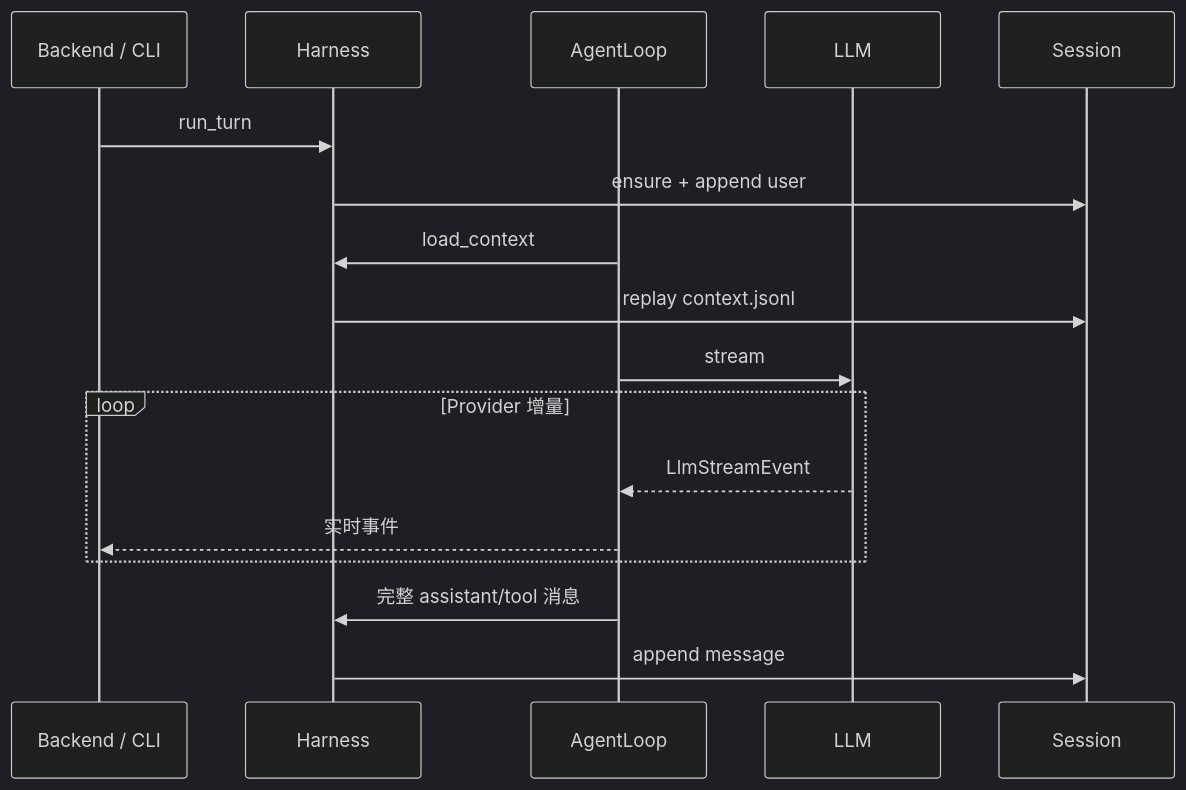
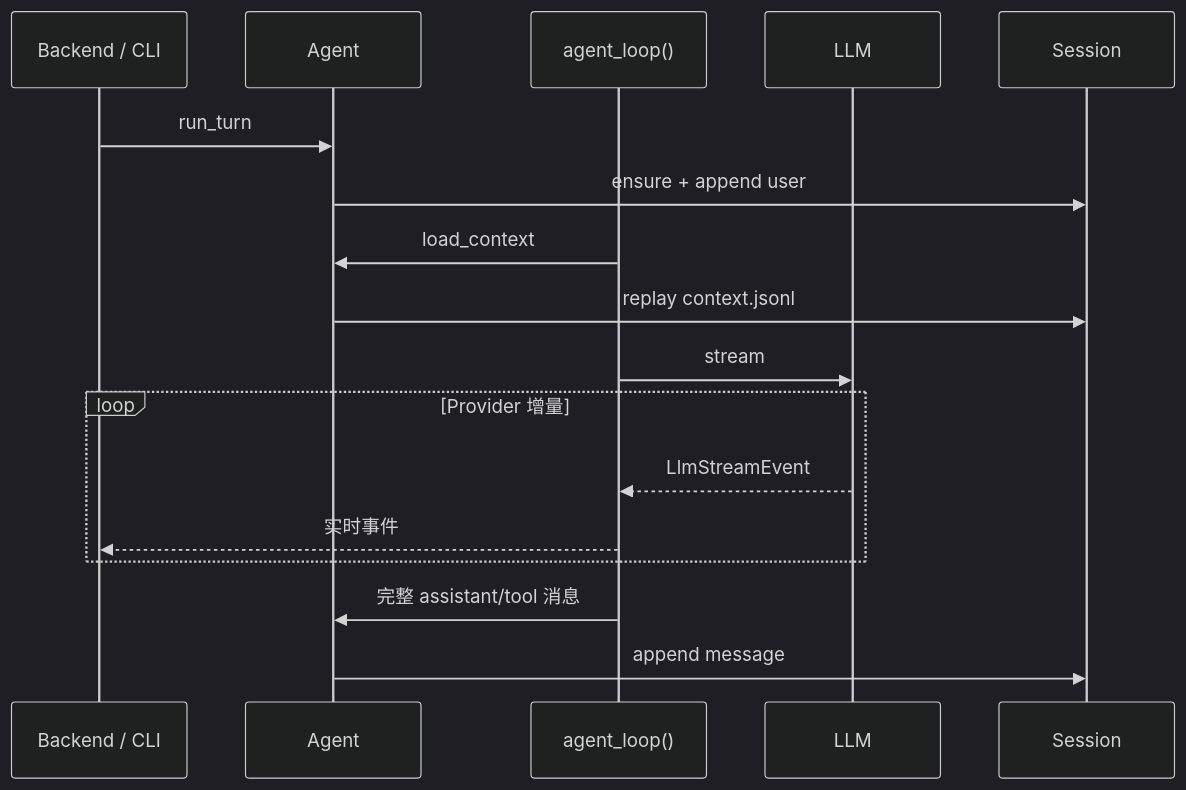
The second of 2 diagrams in docs/项目架构.md (Camelovee/Camel-Harness), drawn with Mermaid (dark theme) before and after one commit. The commit also changed other lines of this file and 161 other files, not shown here.

Commit message:
refactor: simplify agent and llm architecture

````diff
--- a/docs/项目架构.md
+++ b/docs/项目架构.md
@@ -127,20 +131,20 @@
 ```mermaid
 sequenceDiagram
     participant U as Backend / CLI
-    participant H as Harness
-    participant A as AgentLoop
-    participant L as LLM
+    participant A as Agent
+    participant L as agent_loop()
+    participant M as LLM
     participant S as Session
 
-    U->>H: run_turn
-    H->>S: ensure + append user
-    A->>H: load_context
-    H->>S: replay context.jsonl
-    A->>L: stream
+    U->>A: run_turn
+    A->>S: ensure + append user
+    L->>A: load_context
+    A->>S: replay context.jsonl
+    L->>M: stream
     loop Provider 增量
-        L-->>A: LlmStreamEvent
-        A-->>U: 实时事件
+        M-->>L: LlmStreamEvent
+        L-->>U: 实时事件
     end
-    A->>H: 完整 assistant/tool 消息
-    H->>S: append message
+    L->>A: 完整 assistant/tool 消息
+    A->>S: append message
 ```
````
